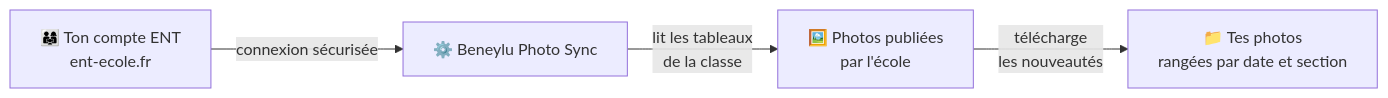
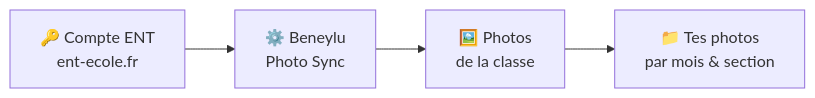
Before and after one commit to SckyzO/beneylu-photo-sync: the first of 2 diagrams in README.md, drawn with Mermaid. The commit also changed 1 other file, not shown here.

Commit message:
docs: simpler flow diagram + correct CLAUDE.md architecture/phases
- Strip the edge labels and shorten the 'Comment ça marche' mermaid nodes so it
  reads clearly on GitHub instead of stretching wide.
- CLAUDE.md: drop the github-actions runtime from the architecture (only
  runtimes/docker exists) and mark the web UI as done in the phases, with the
  Actions runtime / Google Drive storage / extra sources flagged as not built.

Claude-Session: https://claude.ai/code/session_01Li5b7GzFNMysiRJdfxy1Qf

````diff
--- a/README.md
+++ b/README.md
@@ -22,6 +22,6 @@
 ```mermaid
 flowchart LR
-    A["👨‍👩‍👧 Ton compte ENT<br/>ent-ecole.fr"] -->|connexion sécurisée| B["⚙️ Beneylu Photo Sync"]
-    B -->|lit les tableaux<br/>de la classe| C["🖼️ Photos publiées<br/>par l'école"]
-    C -->|télécharge<br/>les nouveautés| D["📁 Tes photos<br/>rangées par date et section"]
+    A["🔑 Compte ENT<br/>ent-ecole.fr"] --> B["⚙️ Beneylu<br/>Photo Sync"]
+    B --> C["🖼️ Photos<br/>de la classe"]
+    C --> D["📁 Tes photos<br/>par mois & section"]
 ```
````
